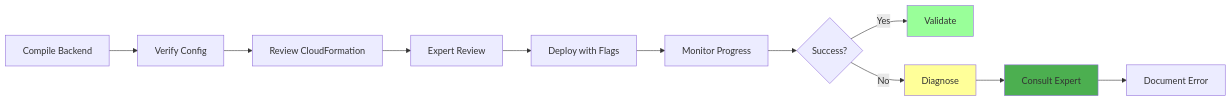
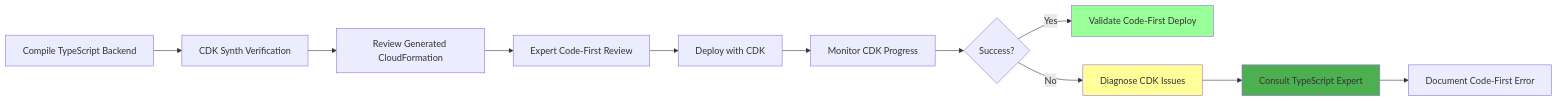
Before and after one commit to jigza/maestro: the fourth of 5 diagrams in AmplifyForge-mode.md, drawn with Mermaid. The commit also changed other lines of this file and 5 other files, not shown here.

````diff
--- a/AmplifyForge-mode.md
+++ b/AmplifyForge-mode.md
@@ -363,17 +401,17 @@
 ```mermaid
 graph LR
-    A[Compile Backend] --> B[Verify Config]
-    B --> C[Review CloudFormation]
-    C --> D[Expert Review]
-    D --> E[Deploy with Flags]
-    E --> F[Monitor Progress]
+    A[Compile TypeScript Backend] --> B[CDK Synth Verification]
+    B --> C[Review Generated CloudFormation]
+    C --> D[Expert Code-First Review]
+    D --> E[Deploy with CDK]
+    E --> F[Monitor CDK Progress]
     F --> G{Success?}
-    G -->|Yes| H[Validate]
-    G -->|No| I[Diagnose]
-    I --> J[Consult Expert]
-    J --> K[Document Error]
+    G -->|Yes| H[Validate Code-First Deploy]
+    G -->|No| I[Diagnose CDK Issues]
+    I --> J[Consult TypeScript Expert]
+    J --> K[Document Code-First Error]
     
     style H fill:#99ff99
     style I fill:#ffff99
     style J fill:#4CAF50
 ```
````
